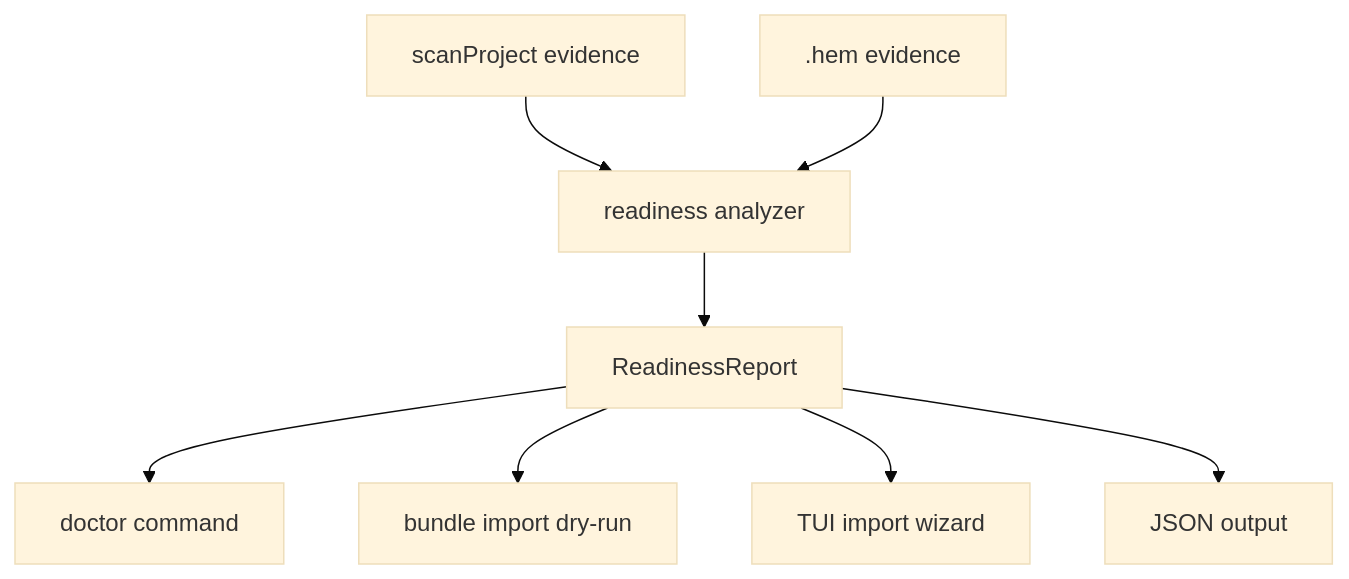
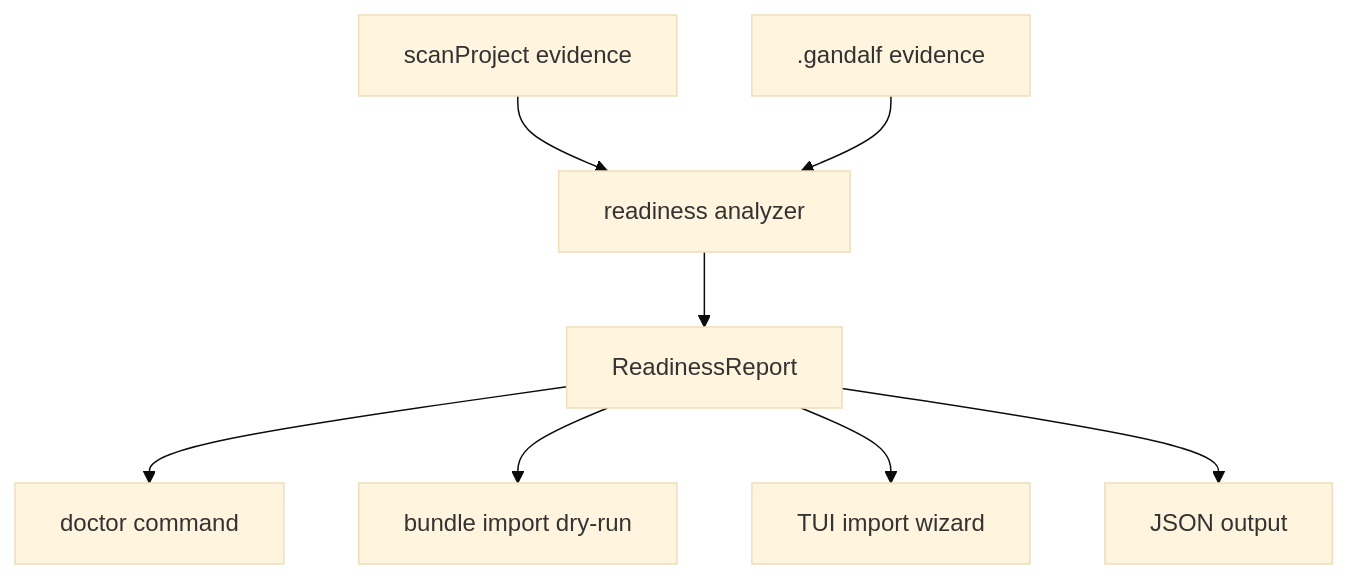
Before and after one commit to qyinm/gandalf: the first of 2 diagrams in docs/plans/2026-06-07-001-feat-mac-readiness-preflight-plan.md, drawn with Mermaid (base theme). The commit also changed other lines of this file and 338 other files, not shown here.

First line of the commit message:
refactor: rename Hem to Gandalf (#10)

````diff
--- a/docs/plans/2026-06-07-001-feat-mac-readiness-preflight-plan.md
+++ b/docs/plans/2026-06-07-001-feat-mac-readiness-preflight-plan.md
@@ -65,10 +65,10 @@
 ```mermaid
 flowchart TB
   A[scanProject evidence] --> B[readiness analyzer]
-  C[.hem evidence] --> B
+  C[.gandalf evidence] --> B
   B --> D[ReadinessReport]
   D --> E[doctor command]
   D --> F[bundle import dry-run]
   D --> G[TUI import wizard]
   D --> H[JSON output]
 ```
````
